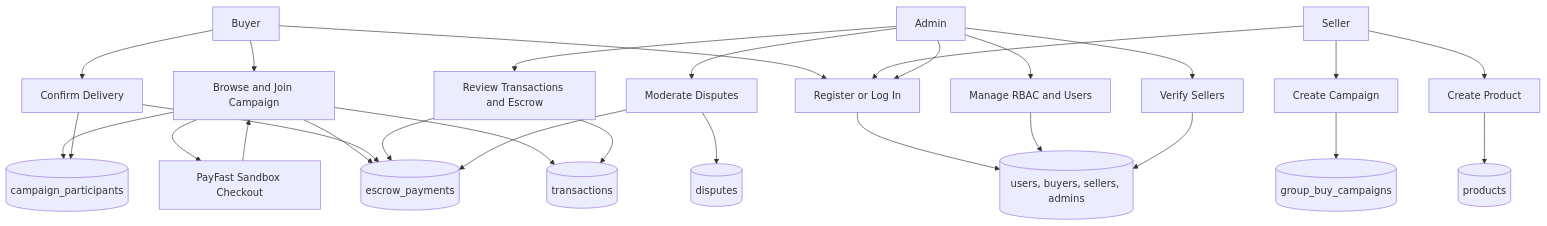
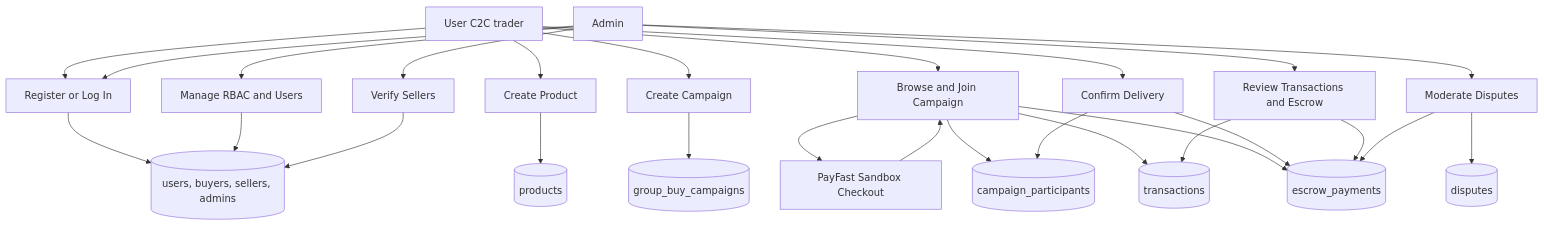
One commit to SCARA0429/Sisonke-trade-new changed the third of 4 diagrams in docs/deliverable2.md. Above: the diagram before and after it, drawn with Mermaid. The commit also changed other lines of this file and 15 other files, not shown here.

````diff
--- a/docs/deliverable2.md
+++ b/docs/deliverable2.md
@@ -241,30 +256,29 @@
 ```mermaid
 flowchart TD
-    Buyer --> A[Register or Log In]
-    Seller --> A
+    User[User C2C trader] --> A[Register or Log In]
     Admin --> A
     A --> U[(users, buyers, sellers, admins)]
-    Seller --> B[Create Product]
+    User --> B[Create Product]
     B --> P[(products)]
-    Seller --> C[Create Campaign]
+    User --> C[Create Campaign]
     C --> G[(group_buy_campaigns)]
-    Buyer --> D[Browse and Join Campaign]
+    User --> D[Browse and Join Campaign]
     D --> PF[PayFast Sandbox Checkout]
     PF --> D
     D --> CP[(campaign_participants)]
     D --> T[(transactions)]
     D --> E[(escrow_payments)]
-    Buyer --> F[Confirm Delivery]
+    User --> F[Confirm Delivery]
     F --> CP
     F --> E
     Admin --> H[Manage RBAC and Users]
     H --> U
     Admin --> J[Verify Sellers]
     J --> U
     Admin --> K[Review Transactions and Escrow]
     K --> T
     K --> E
     Admin --> I[Moderate Disputes]
     I --> DS[(disputes)]
     I --> E
 ```
````
